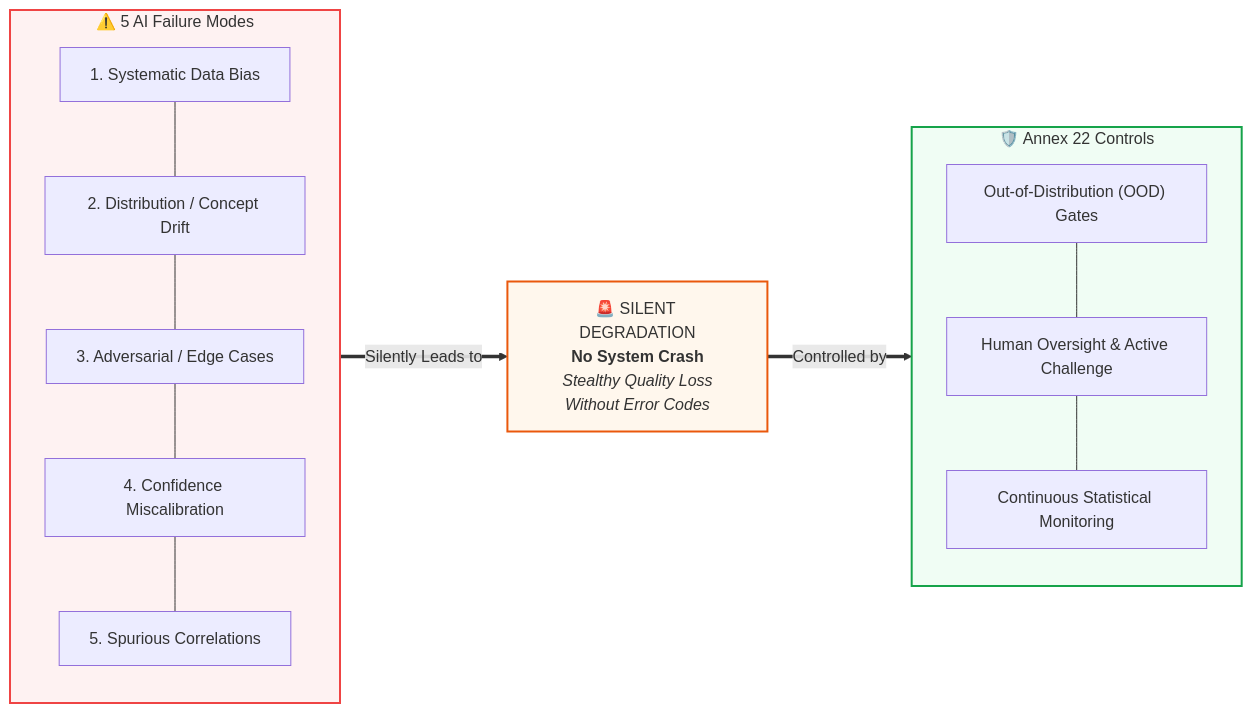
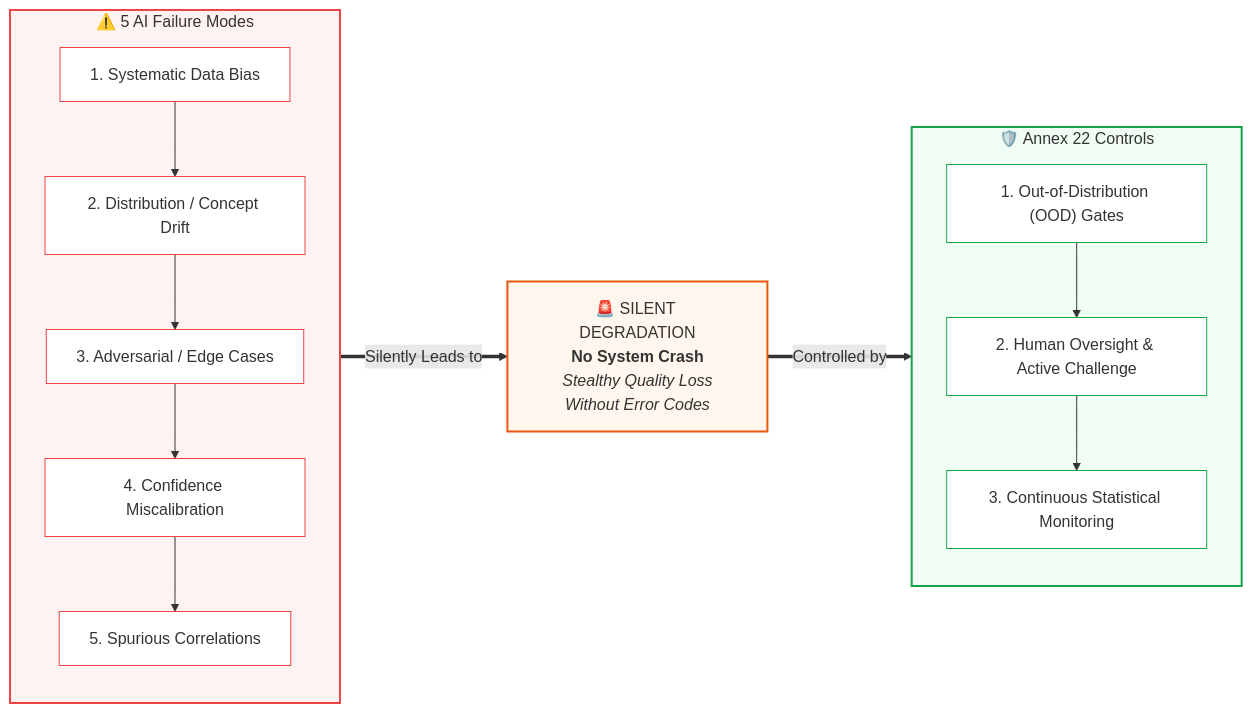
One commit to Lunaman06/Annex22 changed the diagram in docs/en/module_04_risk_based_approach.md. Above: the diagram before and after it, drawn with Mermaid. The commit also changed 10 other files, not shown here.

Commit message:
fix(ui,docs): add overview TOC box, style executive summary, clean hero & add directional mermaid arrows

````diff
--- a/docs/en/module_04_risk_based_approach.md
+++ b/docs/en/module_04_risk_based_approach.md
@@ -20,29 +20,37 @@
 ```mermaid
 flowchart LR
     subgraph FailModes["⚠️ 5 AI Failure Modes"]
         direction TB
         M1["1. Systematic Data Bias"]
         M2["2. Distribution / Concept Drift"]
         M3["3. Adversarial / Edge Cases"]
         M4["4. Confidence Miscalibration"]
         M5["5. Spurious Correlations"]
-        M1 --- M2 --- M3 --- M4 --- M5
+        M1 --> M2 --> M3 --> M4 --> M5
     end
 
     Silent["🚨 SILENT DEGRADATION<br/><b>No System Crash</b><br/><i>Stealthy Quality Loss<br/>Without Error Codes</i>"]
 
     subgraph Mitigation["🛡️ Annex 22 Controls"]
         direction TB
-        C1["Out-of-Distribution (OOD) Gates"]
-        C2["Human Oversight & Active Challenge"]
-        C3["Continuous Statistical Monitoring"]
-        C1 --- C2 --- C3
+        C1["1. Out-of-Distribution (OOD) Gates"]
+        C2["2. Human Oversight & Active Challenge"]
+        C3["3. Continuous Statistical Monitoring"]
+        C1 --> C2 --> C3
     end
 
     FailModes ==>|"Silently Leads to"| Silent
     Silent ==>|"Controlled by"| Mitigation
 
     style FailModes fill:#fef2f2,stroke:#ef4444,stroke-width:2px
     style Silent fill:#fff7ed,stroke:#ea580c,stroke-width:2px
     style Mitigation fill:#f0fdf4,stroke:#16a34a,stroke-width:2px
+    style M1 fill:#ffffff,stroke:#ef4444,stroke-width:1px
+    style M2 fill:#ffffff,stroke:#ef4444,stroke-width:1px
+    style M3 fill:#ffffff,stroke:#ef4444,stroke-width:1px
+    style M4 fill:#ffffff,stroke:#ef4444,stroke-width:1px
+    style M5 fill:#ffffff,stroke:#ef4444,stroke-width:1px
+    style C1 fill:#ffffff,stroke:#16a34a,stroke-width:1px
+    style C2 fill:#ffffff,stroke:#16a34a,stroke-width:1px
+    style C3 fill:#ffffff,stroke:#16a34a,stroke-width:1px
 ```
````
